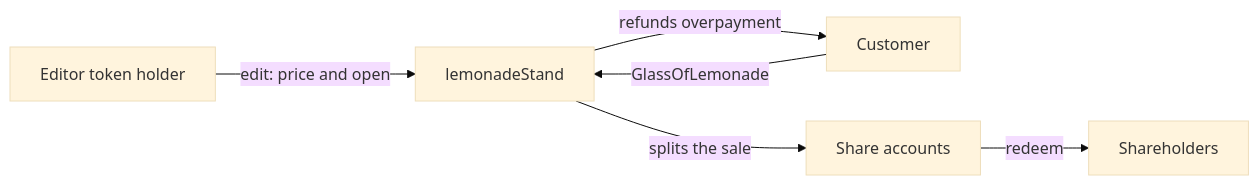
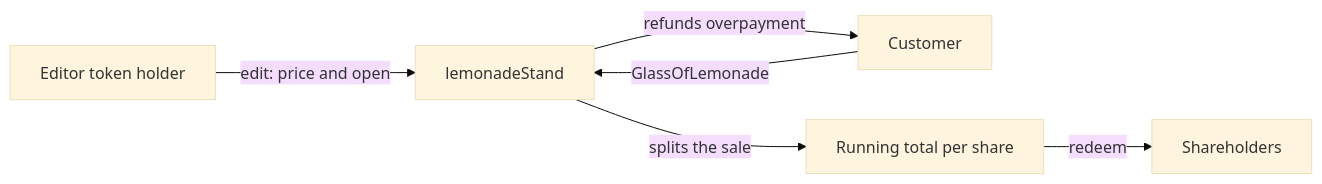
Before and after one commit to CoinClubQuincy/XDC-LemonadeStand: the diagram in README.md, drawn with Mermaid (base theme). The commit also changed other lines of this file and 5 other files, not shown here.

````diff
--- a/README.md
+++ b/README.md
@@ -21,8 +21,8 @@
 ```mermaid
 flowchart LR
     E[Editor token holder] -->|edit: price and open| L[lemonadeStand]
     C[Customer] -->|GlassOfLemonade| L
     L -->|refunds overpayment| C
-    L -->|splits the sale| A[Share accounts]
+    L -->|splits the sale| A[Running total per share]
     A -->|redeem| H[Shareholders]
 ```
````
